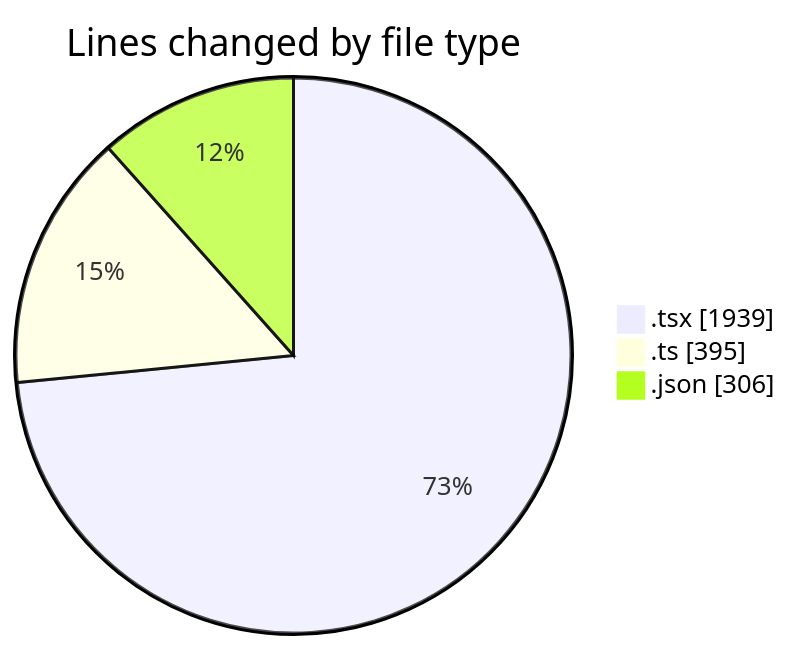
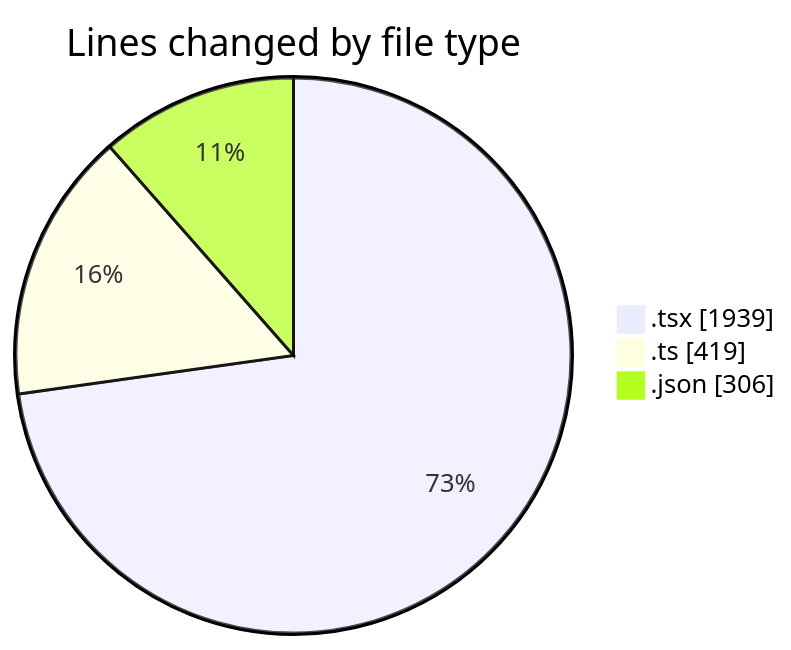
One commit to julien-gomy/code-tracking changed the first of 2 diagrams in 2025-11-22/eventscop-frontend-guide__workspace_/README.md. Above: the diagram before and after it, drawn with Mermaid. The commit also changed other lines of this file and 1 other file, not shown here.

````diff
--- a/2025-11-22/eventscop-frontend-guide__workspace_/README.md
+++ b/2025-11-22/eventscop-frontend-guide__workspace_/README.md
@@ -40,7 +41,7 @@
 ```mermaid
 pie showData
 title Lines changed by file type
 ".tsx" : 1939
-".ts" : 395
+".ts" : 419
 ".json" : 306
 ```
````
